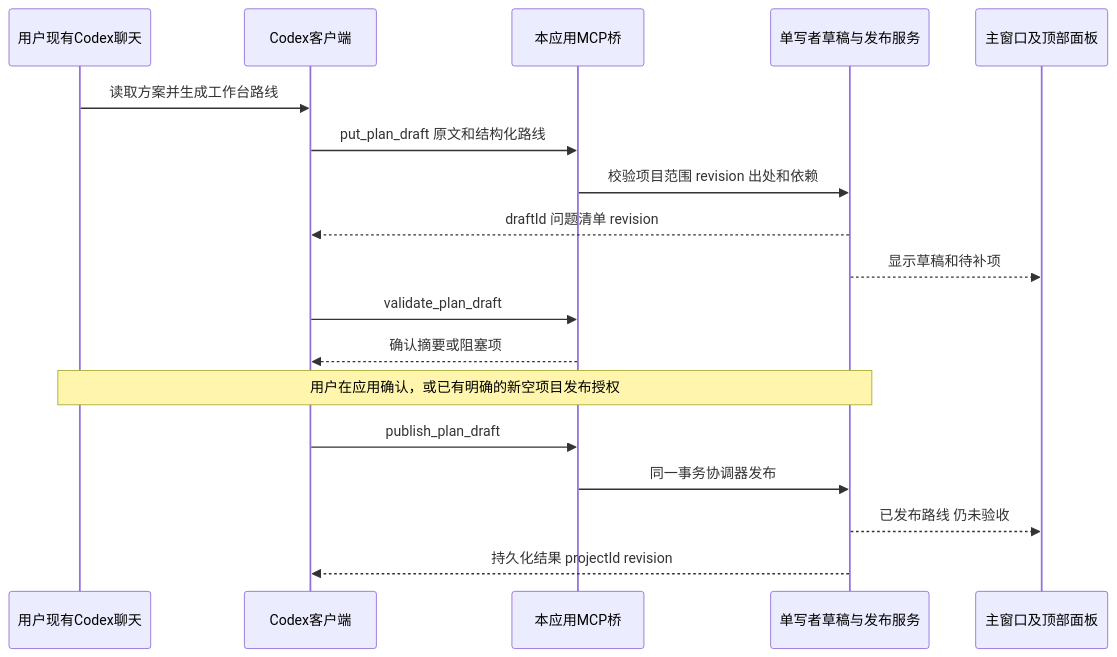
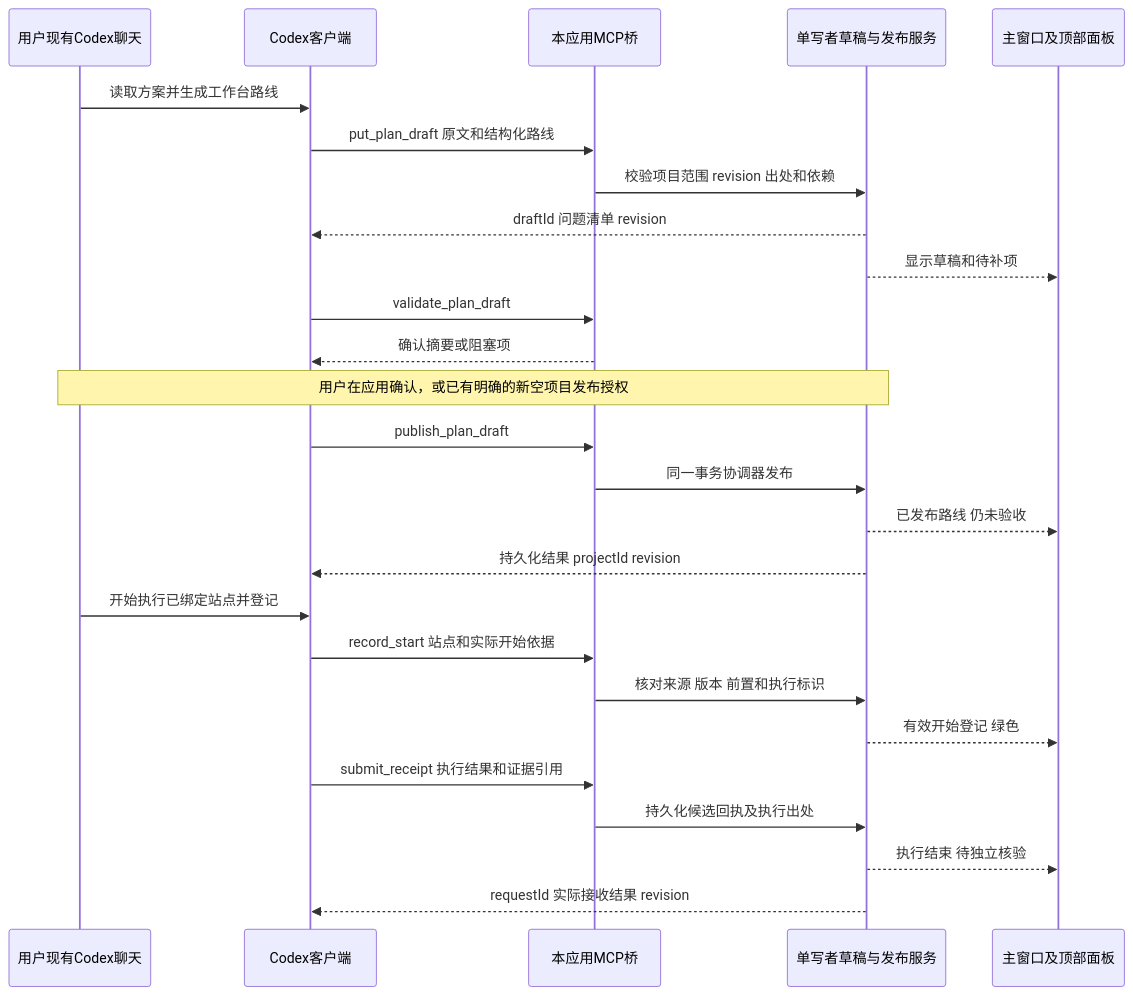
One commit to WuwuZhang0019/Codex-task-monitoring changed the diagram in docs/03_桌面工作台与Codex连接/01_执行方案/02_桌面工作台与顶部常驻面板_可执行开发方案_2026-11-09.md. Above: the diagram before and after it, drawn with Mermaid. The commit also changed other lines of this file and 3 other files, not shown here.

````diff
--- a/docs/03_桌面工作台与Codex连接/01_执行方案/02_桌面工作台与顶部常驻面板_可执行开发方案_2026-11-09.md
+++ b/docs/03_桌面工作台与Codex连接/01_执行方案/02_桌面工作台与顶部常驻面板_可执行开发方案_2026-11-09.md
@@ -170,20 +181,28 @@
 ```mermaid
 sequenceDiagram
     participant U as 用户现有Codex聊天
     participant C as Codex客户端
     participant M as 本应用MCP桥
     participant S as 单写者草稿与发布服务
     participant W as 主窗口及顶部面板
     U->>C: 读取方案并生成工作台路线
     C->>M: put_plan_draft 原文和结构化路线
     M->>S: 校验项目范围 revision 出处和依赖
     S-->>C: draftId 问题清单 revision
     S-->>W: 显示草稿和待补项
     C->>M: validate_plan_draft
     M-->>C: 确认摘要或阻塞项
     Note over U,S: 用户在应用确认，或已有明确的新空项目发布授权
     C->>M: publish_plan_draft
     M->>S: 同一事务协调器发布
     S-->>W: 已发布路线 仍未验收
     S-->>C: 持久化结果 projectId revision
+    U->>C: 开始执行已绑定站点并登记
+    C->>M: record_start 站点和实际开始依据
+    M->>S: 核对来源 版本 前置和执行标识
+    S-->>W: 有效开始登记 绿色
+    C->>M: submit_receipt 执行结果和证据引用
+    M->>S: 持久化候选回执及执行出处
+    S-->>W: 执行结束 待独立核验
+    S-->>C: requestId 实际接收结果 revision
 ```
````
